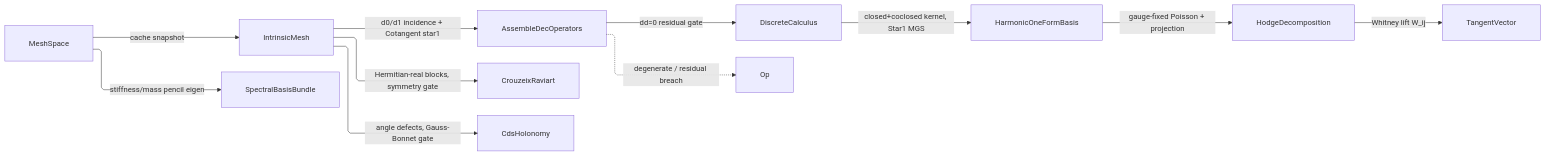
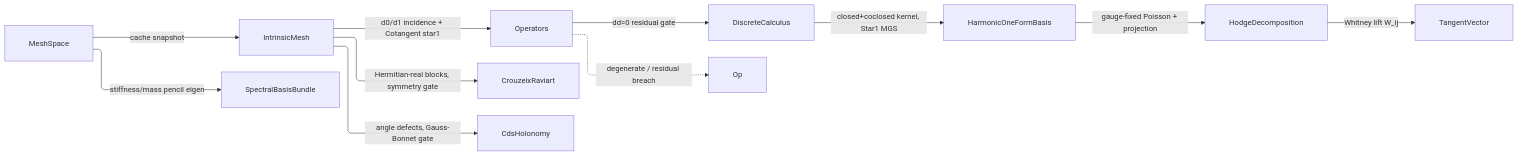
One commit to bsamiee/Rasm changed the diagram in libs/csharp/Rasm/.planning/Meshing/dec.md. Above: the diagram before and after it, drawn with Mermaid. The commit also changed other lines of this file and 818 other files, not shown here.

````diff
--- a/libs/csharp/Rasm/.planning/Meshing/dec.md
+++ b/libs/csharp/Rasm/.planning/Meshing/dec.md
@@ -404,22 +489,22 @@
 ```mermaid
 ---
 config:
   layout: elk
   flowchart:
     curve: linear
     padding: 25
 ---
 flowchart LR
     accTitle: DEC assembly flow
     accDescr: Mesh snapshots flow through the Laplacian row delegate into operator assembly, holonomy, Hodge decomposition, and the spectral eigenbasis carriers.
     MeshSpace -->|cache snapshot| IntrinsicMesh
-    IntrinsicMesh -->|d0/d1 incidence + Cotangent star1| AssembleDecOperators
-    AssembleDecOperators -->|dd=0 residual gate| DiscreteCalculus
+    IntrinsicMesh -->|d0/d1 incidence + Cotangent star1| Operators
+    Operators -->|dd=0 residual gate| DiscreteCalculus
     DiscreteCalculus -->|closed+coclosed kernel, Star1 MGS| HarmonicOneFormBasis
     HarmonicOneFormBasis -->|gauge-fixed Poisson + projection| HodgeDecomposition
     HodgeDecomposition -->|Whitney lift W_ij| TangentVector
     IntrinsicMesh -->|Hermitian-real blocks, symmetry gate| CrouzeixRaviart
     IntrinsicMesh -->|angle defects, Gauss-Bonnet gate| CdsHolonomy
     MeshSpace -->|stiffness/mass pencil eigen| SpectralBasisBundle
-    AssembleDecOperators -.->|degenerate / residual breach| Op
+    Operators -.->|degenerate / residual breach| Op
 ```
````
